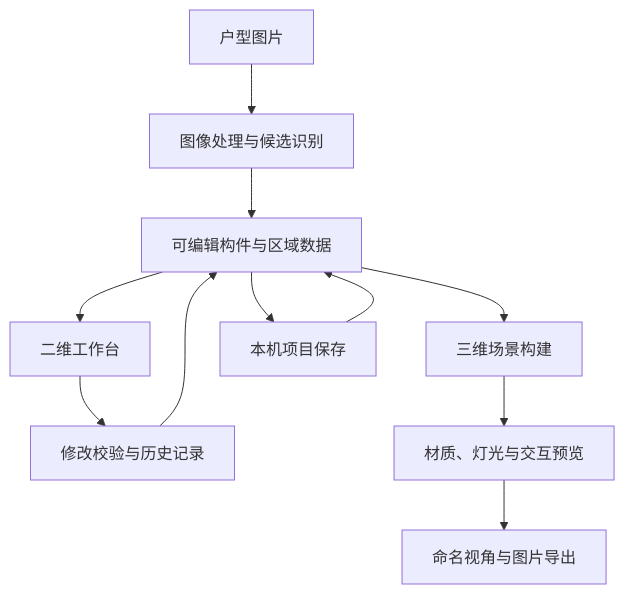
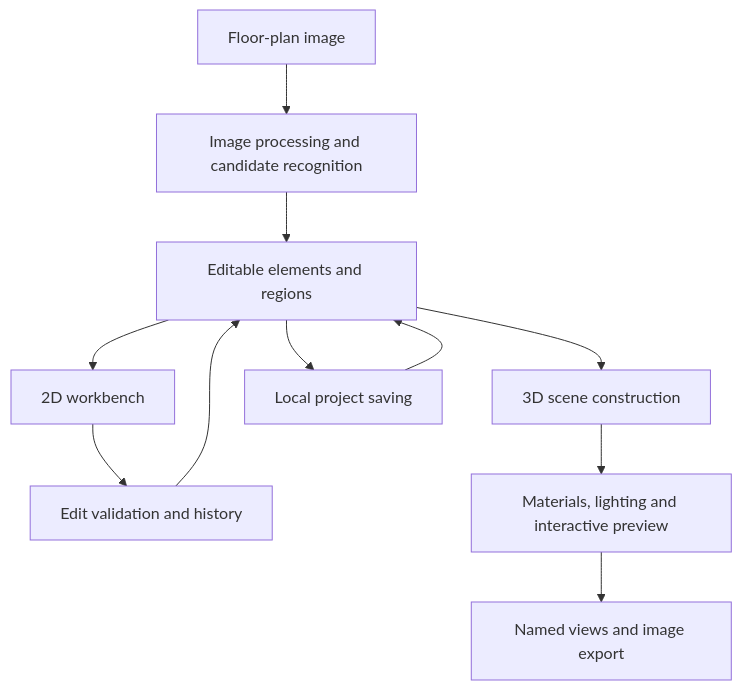
The diagram in docs/architecture.md (ETET114514/GewuZhizao_Showcase), drawn with Mermaid before and after one commit. The commit also changed other lines of this file and 25 other files, not shown here.

````diff
--- a/docs/architecture.md
+++ b/docs/architecture.md
@@ -11,13 +13,13 @@
 ```mermaid
 flowchart TD
-    A[户型图片] --> B[图像处理与候选识别]
-    B --> C[可编辑构件与区域数据]
-    C --> D[二维工作台]
-    D --> E[修改校验与历史记录]
+    A[Floor-plan image] --> B[Image processing and candidate recognition]
+    B --> C[Editable elements and regions]
+    C --> D[2D workbench]
+    D --> E[Edit validation and history]
     E --> C
-    C --> F[三维场景构建]
-    F --> G[材质、灯光与交互预览]
-    G --> H[命名视角与图片导出]
-    C --> I[本机项目保存]
+    C --> F[3D scene construction]
+    F --> G[Materials, lighting and interactive preview]
+    G --> H[Named views and image export]
+    C --> I[Local project saving]
     I --> C
 ```
````
